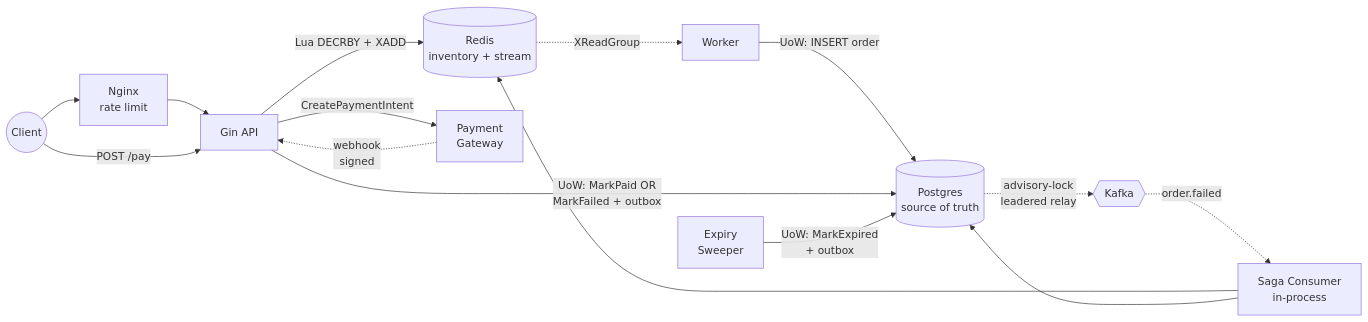
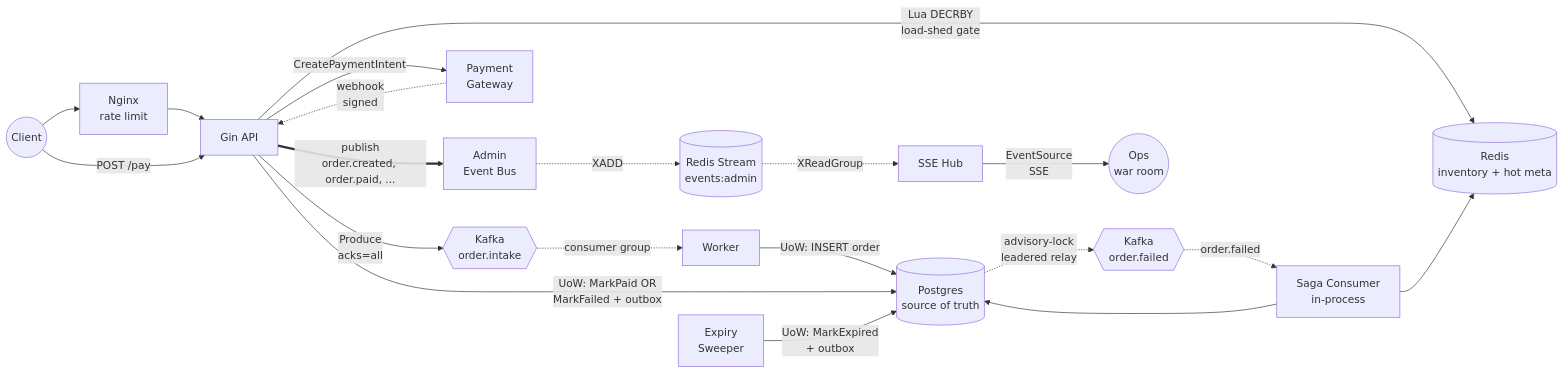
Before and after one commit to Leon180/booking_monitor: the first of 6 diagrams in README.md, drawn with Mermaid. The commit also changed other lines of this file and 4 other files, not shown here.

````diff
--- a/README.md
+++ b/README.md
@@ -11,17 +11,22 @@
 ```mermaid
 flowchart LR
     Client((Client)) --> Nginx[Nginx<br/>rate limit]
     Nginx --> API[Gin API]
-    API -->|Lua DECRBY + XADD| Redis[(Redis<br/>inventory + stream)]
-    Redis -.->|XReadGroup| Worker
+    API -->|Lua DECRBY<br/>load-shed gate| Redis[(Redis<br/>inventory + hot meta)]
+    API -->|Produce<br/>acks=all| KIntake{{Kafka<br/>order.intake}}
+    KIntake -.->|consumer group| Worker
     Worker -->|UoW: INSERT order| PG[(Postgres<br/>source of truth)]
     Client -->|POST /pay| API
     API -->|CreatePaymentIntent| Gateway[Payment<br/>Gateway]
     Gateway -.->|webhook<br/>signed| API
     API -->|UoW: MarkPaid OR<br/>MarkFailed + outbox| PG
     Sweeper[Expiry<br/>Sweeper] -->|UoW: MarkExpired<br/>+ outbox| PG
-    PG -.->|advisory-lock<br/>leadered relay| Kafka{{Kafka}}
-    Kafka -.->|order.failed| Saga[Saga Consumer<br/>in-process]
+    PG -.->|advisory-lock<br/>leadered relay| KOutbox{{Kafka<br/>order.failed}}
+    KOutbox -.->|order.failed| Saga[Saga Consumer<br/>in-process]
     Saga --> Redis
     Saga --> PG
+    API ==>|publish<br/>order.created, order.paid, ...| Bus[Admin<br/>Event Bus]
+    Bus -.->|XADD| RStream[(Redis Stream<br/>events:admin)]
+    RStream -.->|XReadGroup| Hub[SSE Hub]
+    Hub -->|EventSource<br/>SSE| Ops((Ops<br/>war room))
 ```
````
